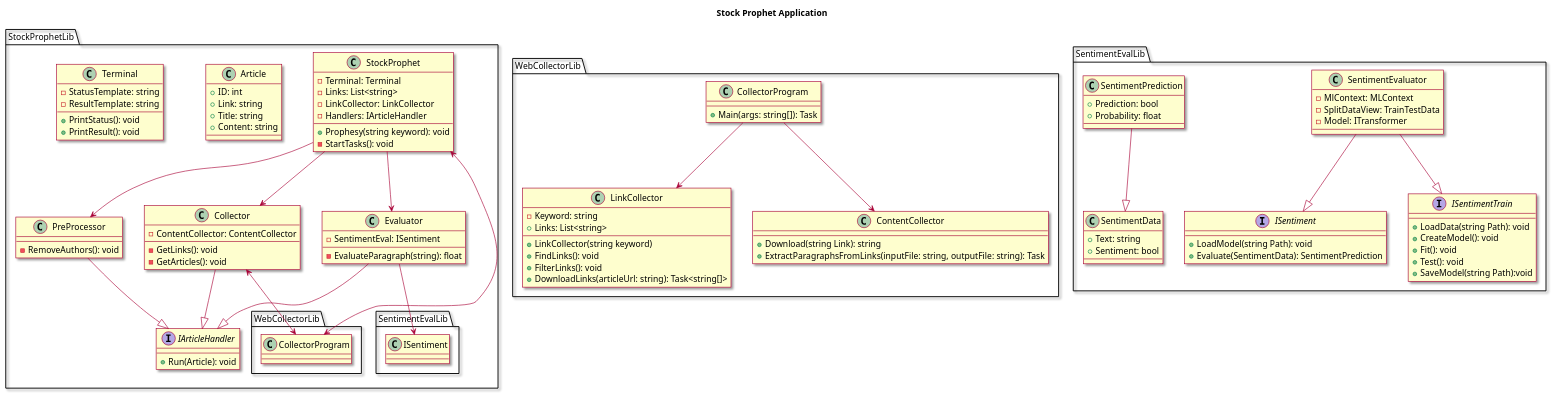
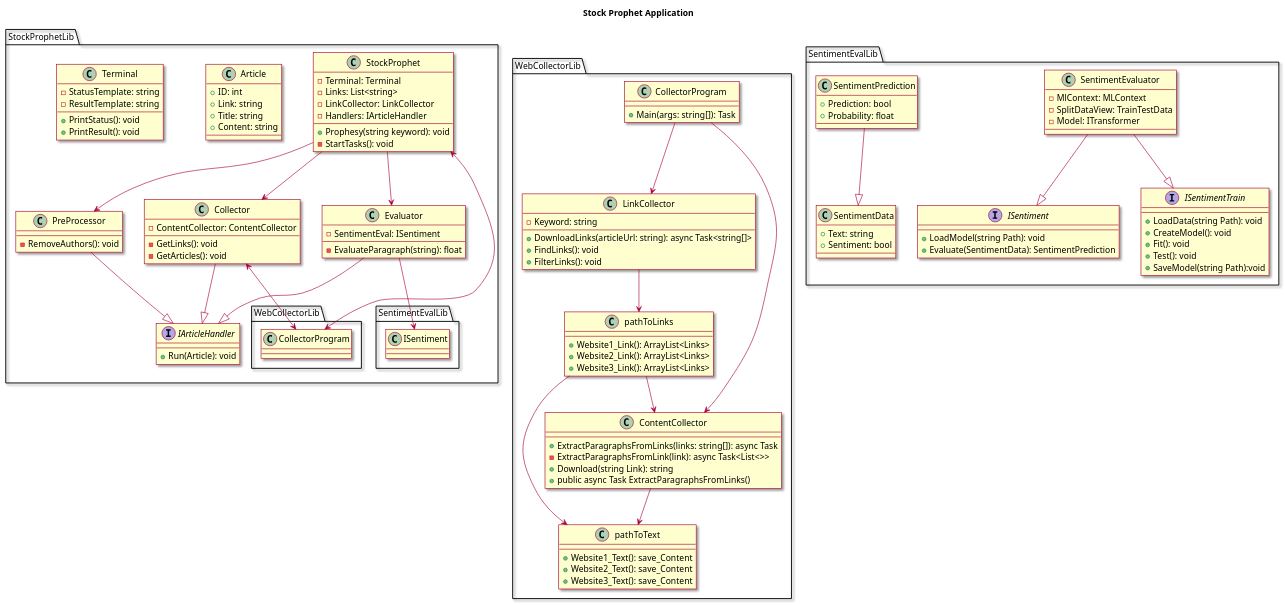
The diagram in doc/classDiagram.plantuml (Ifi-Softwareentwicklung-SoSe2023/TUBAF_SE-Project_StockProphet), drawn with PlantUML before and after one commit.

Commit message:
Adding Details -> WebcollectorLib

```diff
--- a/doc/classDiagram.plantuml
+++ b/doc/classDiagram.plantuml
@@ -1,132 +1,152 @@
 @startuml Project Model Class Diagram
 
 skin rose
 
 title Stock Prophet Application
 
 
 package StockProphetLib {
 
     class StockProphet {
         -Terminal: Terminal
         -Links: List<string>
         -LinkCollector: LinkCollector
         -Handlers: IArticleHandler
         +Prophesy(string keyword): void
         -StartTasks(): void
     }
     StockProphet <--> WebCollectorLib.CollectorProgram
     StockProphet --> Collector
     StockProphet --> PreProcessor
     StockProphet --> Evaluator
     
 
     interface IArticleHandler {
         +Run(Article): void
     }
 
 
     class Collector {
         -ContentCollector: ContentCollector
         -GetLinks(): void
         -GetArticles(): void
     }
     Collector --|> IArticleHandler
     Collector <--> WebCollectorLib.CollectorProgram
     
 
     class PreProcessor {
         -RemoveAuthors(): void
     }
     PreProcessor --|> IArticleHandler
 
 
     class Evaluator {
         -SentimentEval: ISentiment
         -EvaluateParagraph(string): float
     }
     Evaluator --|> IArticleHandler
     Evaluator --> SentimentEvalLib.ISentiment
 
 
     class Article {
         +ID: int
         +Link: string
         +Title: string
         +Content: string
     }
 
 
     class Terminal {
         -StatusTemplate: string
         +PrintStatus(): void
         -ResultTemplate: string
         +PrintResult(): void
     }
 }
 
 
 package WebCollectorLib 
 {
     class CollectorProgram {
         +Main(args: string[]): Task
     }
 
+  
+
     class LinkCollector {
     
         -Keyword: string
-        +Links: List<string>
-        +LinkCollector(string keyword)
+        +DownloadLinks(articleUrl: string): async Task<string[]>
         +FindLinks(): void
         +FilterLinks(): void
-        
-        +DownloadLinks(articleUrl: string): Task<string[]>
+
         
     }
 
     class ContentCollector {
-         +Download(string Link): string
-         +ExtractParagraphsFromLinks(inputFile: string, outputFile: string): Task
+        +ExtractParagraphsFromLinks(links: string[]): async Task
+        -ExtractParagraphsFromLink(link): async Task<List<>>
+        +Download(string Link): string
+        +public async Task ExtractParagraphsFromLinks()
          
     }
-  CollectorProgram --> LinkCollector
-  CollectorProgram --> ContentCollector
+    class pathToLinks {
+        +Website1_Link(): ArrayList<Links>
+        +Website2_Link(): ArrayList<Links>
+        +Website3_Link(): ArrayList<Links>
+    }
+    
+    class pathToText {
+        +Website1_Text(): save_Content
+        +Website2_Text(): save_Content
+        +Website3_Text(): save_Content
+    }
+    
+    CollectorProgram --> LinkCollector
+    CollectorProgram --> ContentCollector
+    pathToLinks --> ContentCollector
+
+    pathToLinks --> pathToText
+    LinkCollector --> pathToLinks
+    ContentCollector --> pathToText
+
 }
 
 
 package SentimentEvalLib 
 {
     interface ISentiment {
         +LoadModel(string Path): void
         +Evaluate(SentimentData): SentimentPrediction
     }
 
     interface ISentimentTrain {
         +LoadData(string Path): void
         +CreateModel(): void
         +Fit(): void
         +Test(): void
         +SaveModel(string Path):void
     }
     
     class SentimentEvaluator {
         -MlContext: MLContext
         -SplitDataView: TrainTestData
         -Model: ITransformer
     }
     SentimentEvaluator --|> ISentiment
     SentimentEvaluator --|> ISentimentTrain
 
     class SentimentData {
         +Text: string
         +Sentiment: bool
     }
 
     class SentimentPrediction {
         +Prediction: bool
         +Probability: float
     }
     SentimentPrediction --|> SentimentData
 }
 
 @enduml
```
